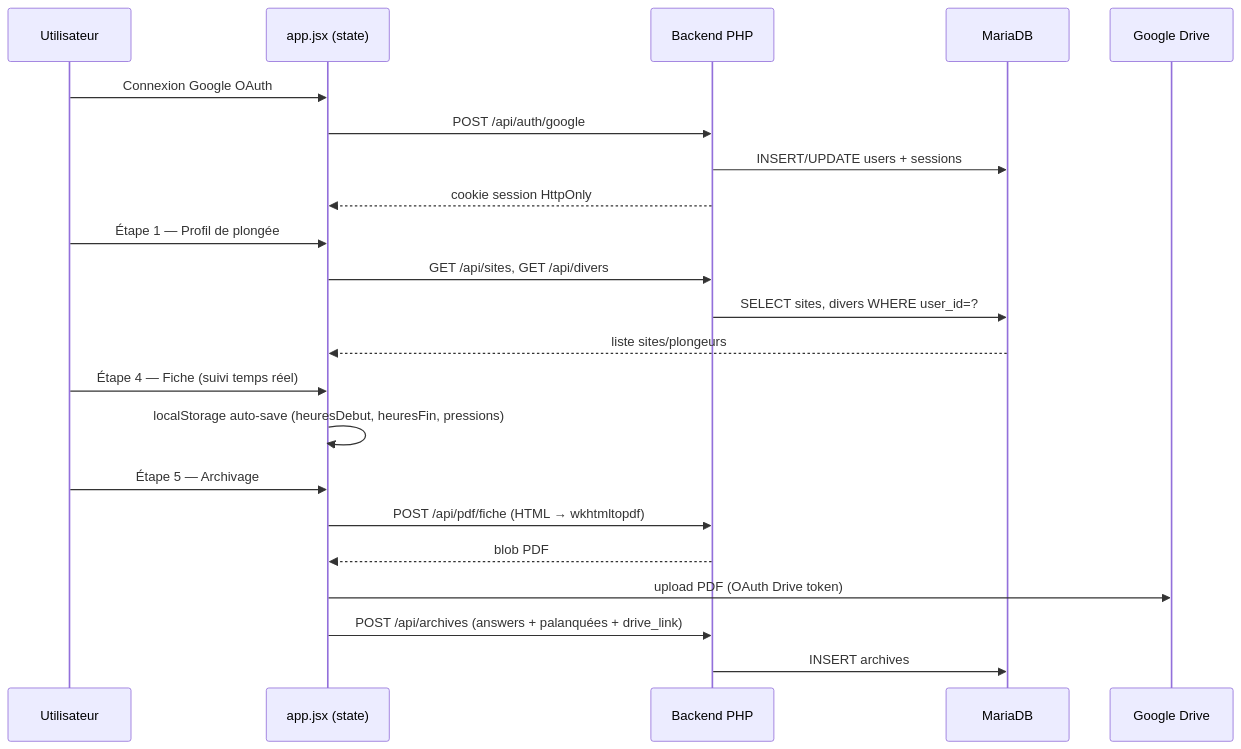
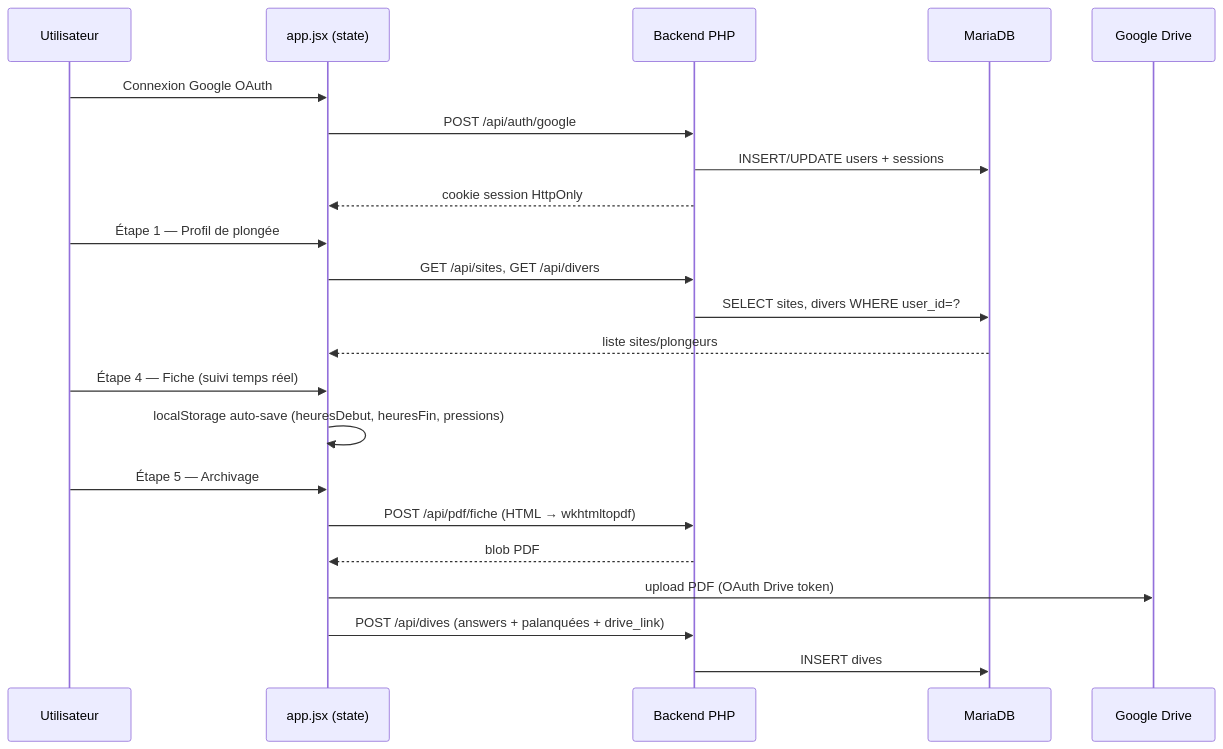
One commit to NicholasJallan/dp-fede changed the second of 7 diagrams in README.md. Above: the diagram before and after it, drawn with Mermaid. The commit also changed other lines of this file and 34 other files, not shown here.

````diff
--- a/README.md
+++ b/README.md
@@ -89,28 +89,28 @@
 ```mermaid
 sequenceDiagram
     participant U as Utilisateur
     participant App as app.jsx (state)
     participant API as Backend PHP
     participant DB as MariaDB
     participant Drive as Google Drive
 
     U->>App: Connexion Google OAuth
     App->>API: POST /api/auth/google
     API->>DB: INSERT/UPDATE users + sessions
     API-->>App: cookie session HttpOnly
 
     U->>App: Étape 1 — Profil de plongée
     App->>API: GET /api/sites, GET /api/divers
     API->>DB: SELECT sites, divers WHERE user_id=?
     DB-->>App: liste sites/plongeurs
 
     U->>App: Étape 4 — Fiche (suivi temps réel)
     App->>App: localStorage auto-save (heuresDebut, heuresFin, pressions)
 
     U->>App: Étape 5 — Archivage
     App->>API: POST /api/pdf/fiche (HTML → wkhtmltopdf)
     API-->>App: blob PDF
     App->>Drive: upload PDF (OAuth Drive token)
-    App->>API: POST /api/archives (answers + palanquées + drive_link)
-    API->>DB: INSERT archives
+    App->>API: POST /api/dives (answers + palanquées + drive_link)
+    API->>DB: INSERT dives
 ```
````
